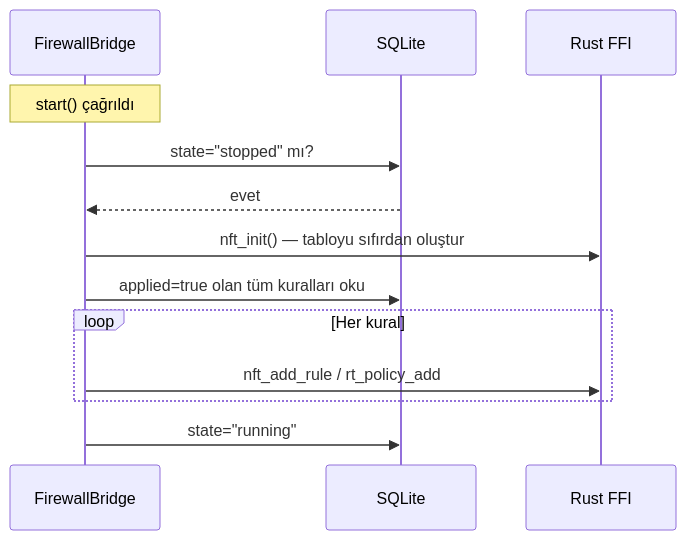
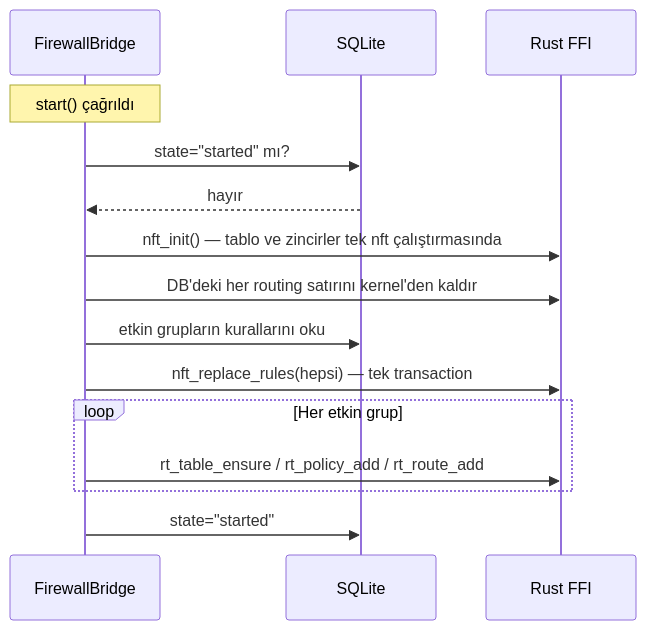
One commit to ARAS-Workspace/phantom-wg changed the third of 4 diagrams in README_TR.md. Above: the diagram before and after it, drawn with Mermaid. The commit also changed other lines of this file and 1 other file, not shown here.

First line of the commit message:
Docs: README routing table file, start and preset flows

````diff
--- a/README_TR.md
+++ b/README_TR.md
@@ -180,16 +183,18 @@
 ```mermaid
 sequenceDiagram
     participant Bridge as FirewallBridge
     participant DB as SQLite
     participant Rust as Rust FFI
 
     Note over Bridge: start() çağrıldı
-    Bridge->>DB: state="stopped" mı?
-    DB-->>Bridge: evet
-    Bridge->>Rust: nft_init() — tabloyu sıfırdan oluştur
-    Bridge->>DB: applied=true olan tüm kuralları oku
-    loop Her kural
-        Bridge->>Rust: nft_add_rule / rt_policy_add
+    Bridge->>DB: state="started" mı?
+    DB-->>Bridge: hayır
+    Bridge->>Rust: nft_init() — tablo ve zincirler tek nft çalıştırmasında
+    Bridge->>Rust: DB'deki her routing satırını kernel'den kaldır
+    Bridge->>DB: etkin grupların kurallarını oku
+    Bridge->>Rust: nft_replace_rules(hepsi) — tek transaction
+    loop Her etkin grup
+        Bridge->>Rust: rt_table_ensure / rt_policy_add / rt_route_add
     end
-    Bridge->>DB: state="running"
+    Bridge->>DB: state="started"
 ```
````
